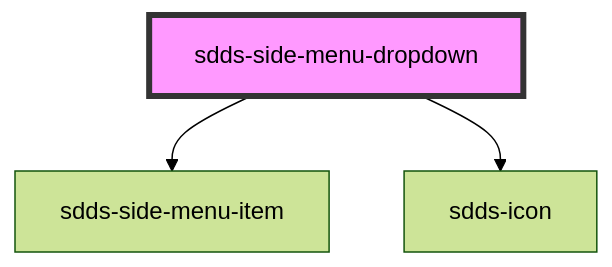
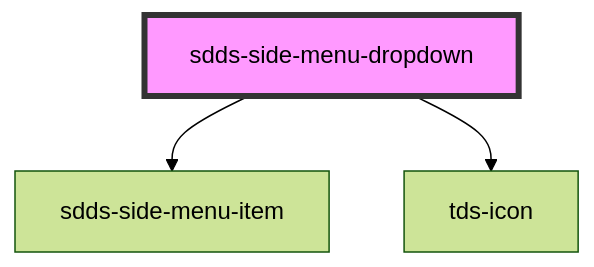
One commit to scania-digital-design-system/tegel changed the diagram in core/src/components/side-menu/webcomponent/side-menu-dropdown/readme.md. Above: the diagram before and after it, drawn with Mermaid (forest theme). The commit also changed other lines of this file and 75 other files, not shown here.

````diff
--- a/core/src/components/side-menu/webcomponent/side-menu-dropdown/readme.md
+++ b/core/src/components/side-menu/webcomponent/side-menu-dropdown/readme.md
@@ -48,6 +48,6 @@
 ```mermaid
 graph TD;
   sdds-side-menu-dropdown --> sdds-side-menu-item
-  sdds-side-menu-dropdown --> sdds-icon
+  sdds-side-menu-dropdown --> tds-icon
   style sdds-side-menu-dropdown fill:#f9f,stroke:#333,stroke-width:4px
 ```
````
